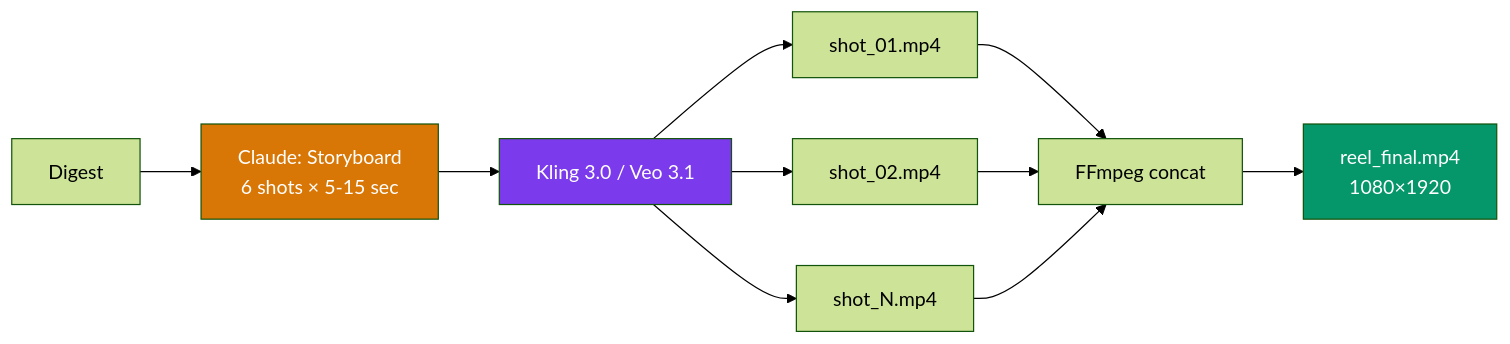
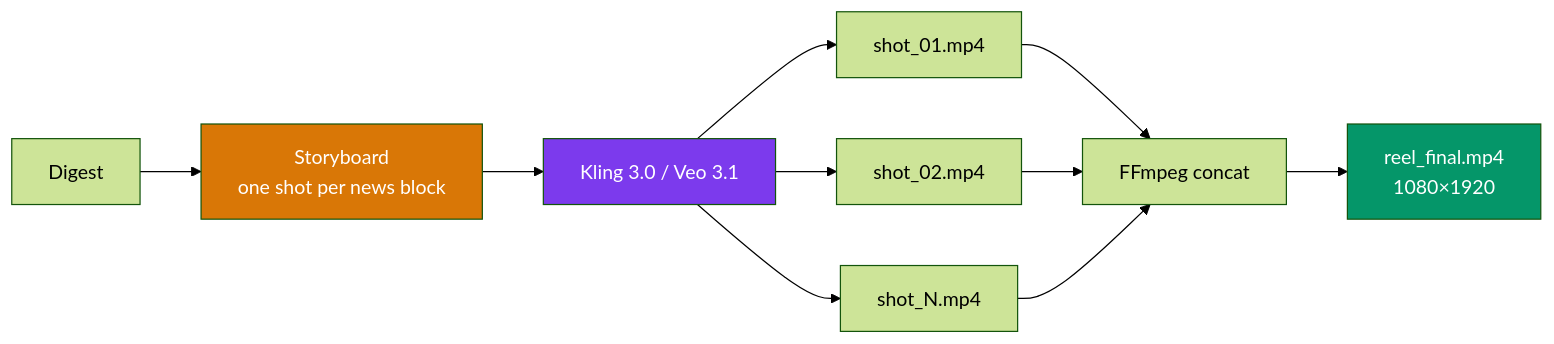
One commit to nise-ua/nise-ua-news changed the fourth of 4 diagrams in README.md. Above: the diagram before and after it, drawn with Mermaid (forest theme). The commit also changed other lines of this file and 134 other files, not shown here.

````diff
--- a/README.md
+++ b/README.md
@@ -322,16 +327,16 @@
 ```mermaid
 flowchart LR
-    D[Digest] --> S[Claude: Storyboard<br/>6 shots × 5-15 sec]
+    D[Digest] --> S[Storyboard<br/>one shot per news block]
     S --> V[Kling 3.0 / Veo 3.1]
     V --> C1[shot_01.mp4]
     V --> C2[shot_02.mp4]
     V --> C3[shot_N.mp4]
     C1 --> FF[FFmpeg concat]
     C2 --> FF
     C3 --> FF
     FF --> R[reel_final.mp4<br/>1080×1920]
 
     style S fill:#d97706,color:#fff
     style V fill:#7c3aed,color:#fff
     style R fill:#059669,color:#fff
 ```
````
